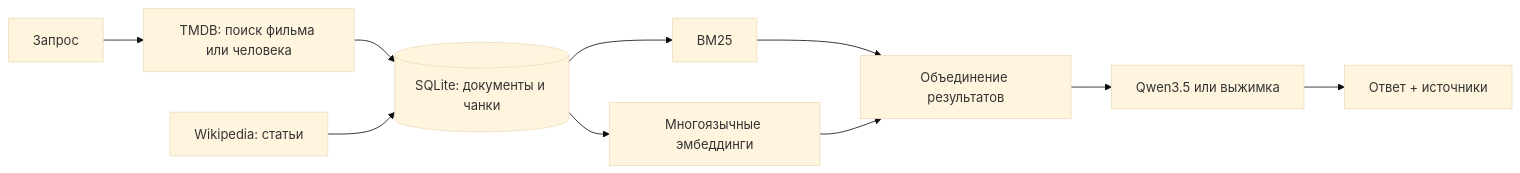
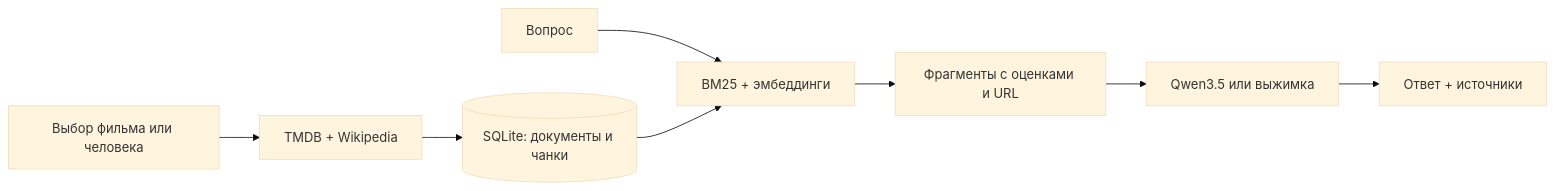
One commit to dud0k3/movie-rag changed the diagram in README.md. Above: the diagram before and after it, drawn with Mermaid (base theme). The commit also changed other lines of this file and 3 other files, not shown here.

````diff
--- a/README.md
+++ b/README.md
@@ -18,12 +89,10 @@
 ```mermaid
 flowchart LR
-    Q[Запрос] --> D[TMDB: поиск фильма или человека]
-    D --> DB[(SQLite: документы и чанки)]
-    W[Wikipedia: статьи] --> DB
-    DB --> B[BM25]
-    DB --> V[Многоязычные эмбеддинги]
-    B --> F[Объединение результатов]
-    V --> F
-    F --> A[Qwen3.5 или выжимка]
-    A --> UI[Ответ + источники]
+    A[Выбор фильма или человека] --> B[TMDB + Wikipedia]
+    B --> C[(SQLite: документы и чанки)]
+    Q[Вопрос] --> D[BM25 + эмбеддинги]
+    C --> D
+    D --> E[Фрагменты с оценками и URL]
+    E --> F[Qwen3.5 или выжимка]
+    F --> G[Ответ + источники]
 ```
````
